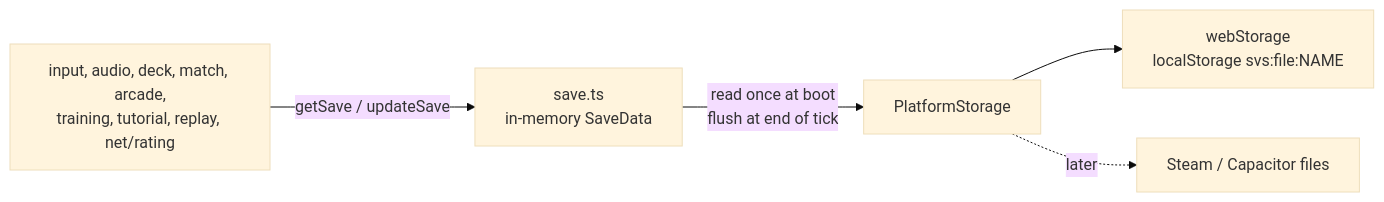
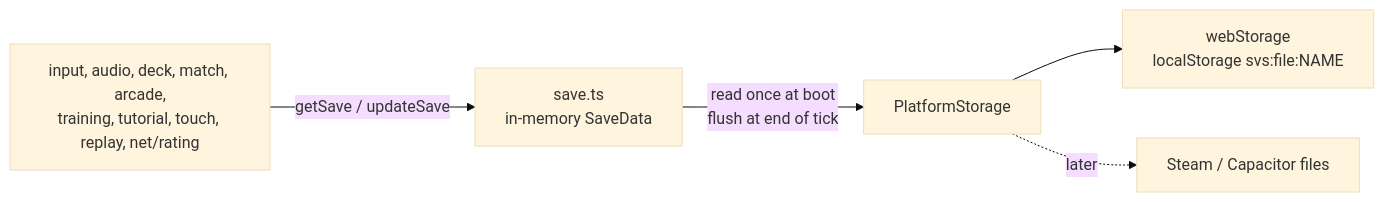
Before and after one commit to WesleyT4N/spell-vs-steel: diagram 17 of 19 in docs/ARCHITECTURE.md, drawn with Mermaid (base theme). The commit also changed other lines of this file, not shown here.

First line of the commit message:
Architecture doc: tall layouts everywhere and touch settings in the save (#63), desktop preload (#64)

````diff
--- a/docs/ARCHITECTURE.md
+++ b/docs/ARCHITECTURE.md
@@ -396,7 +396,7 @@
 ```mermaid
 flowchart LR
-  callers["input, audio, deck, match, arcade,<br/>training, tutorial, replay, net/rating"] -->|getSave / updateSave| S["save.ts<br/>in-memory SaveData"]
+  callers["input, audio, deck, match, arcade,<br/>training, tutorial, touch, replay, net/rating"] -->|getSave / updateSave| S["save.ts<br/>in-memory SaveData"]
   S -->|read once at boot<br/>flush at end of tick| P[PlatformStorage]
   P --> web["webStorage<br/>localStorage svs:file:NAME"]
   P -.later.-> native[Steam / Capacitor files]
 ```
````
